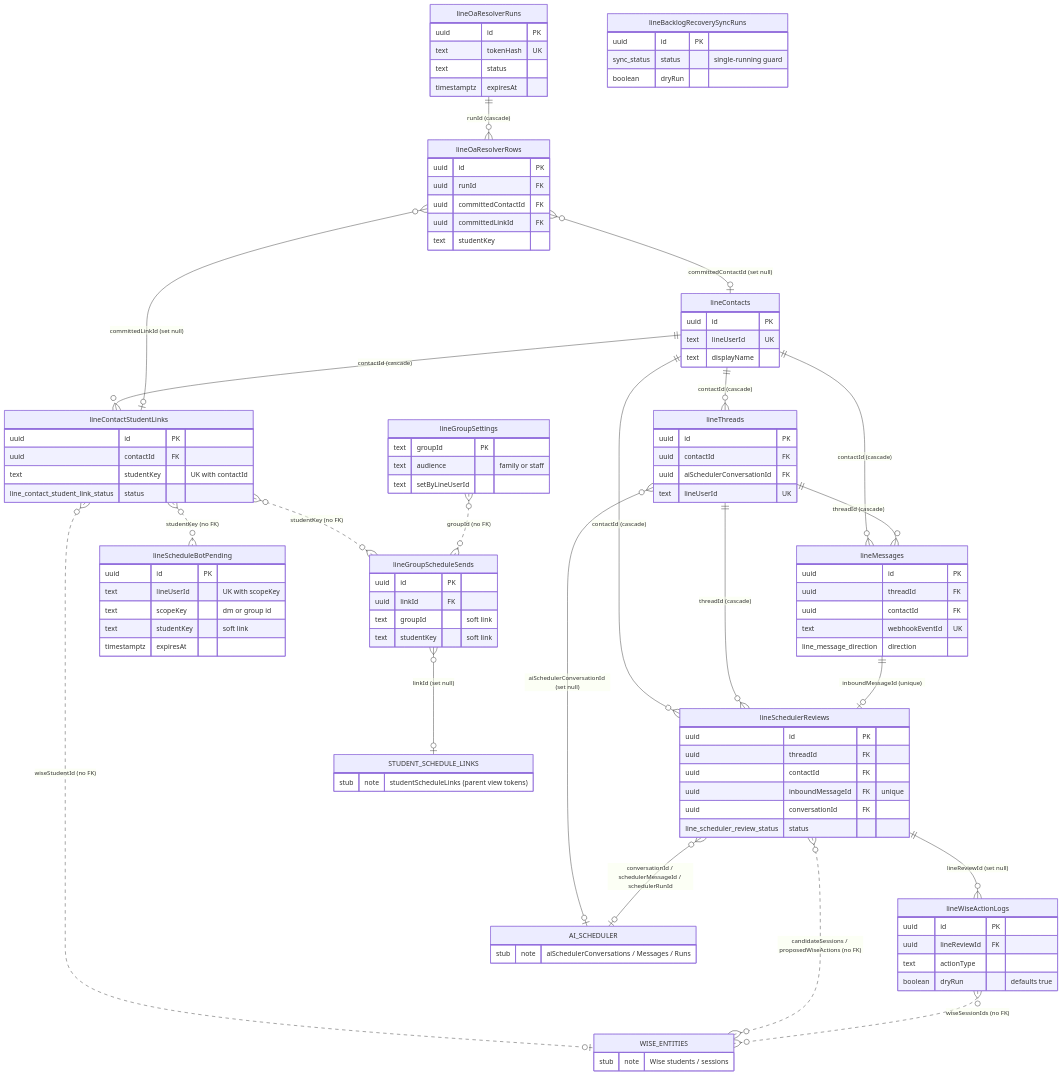
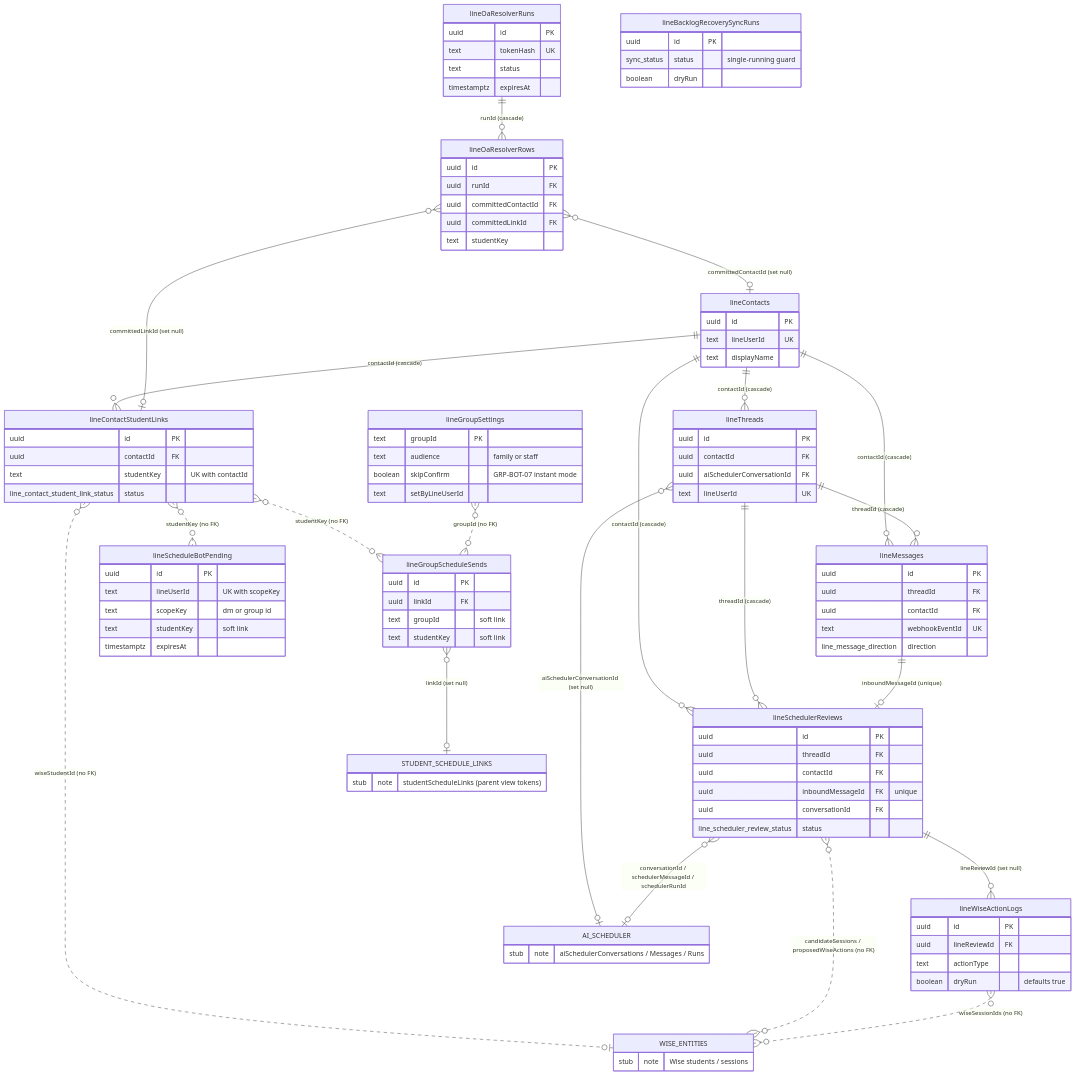
One commit to kasheesh711/bgscheduler changed the diagram in docs/reference/database/erd-line.md. Above: the diagram before and after it, drawn with Mermaid. The commit also changed other lines of this file and 14 other files, not shown here.

First line of the commit message:
feat(schedule-bot): per-group instant mode skips the YES confirm (GRP-BOT-07)

```diff
--- a/docs/reference/database/erd-line.md
+++ b/docs/reference/database/erd-line.md
@@ -120,6 +120,7 @@
     lineGroupSettings {
         text groupId PK
         text audience "family or staff"
+        boolean skipConfirm "GRP-BOT-07 instant mode"
         text setByLineUserId
     }
     lineGroupScheduleSends {
```
